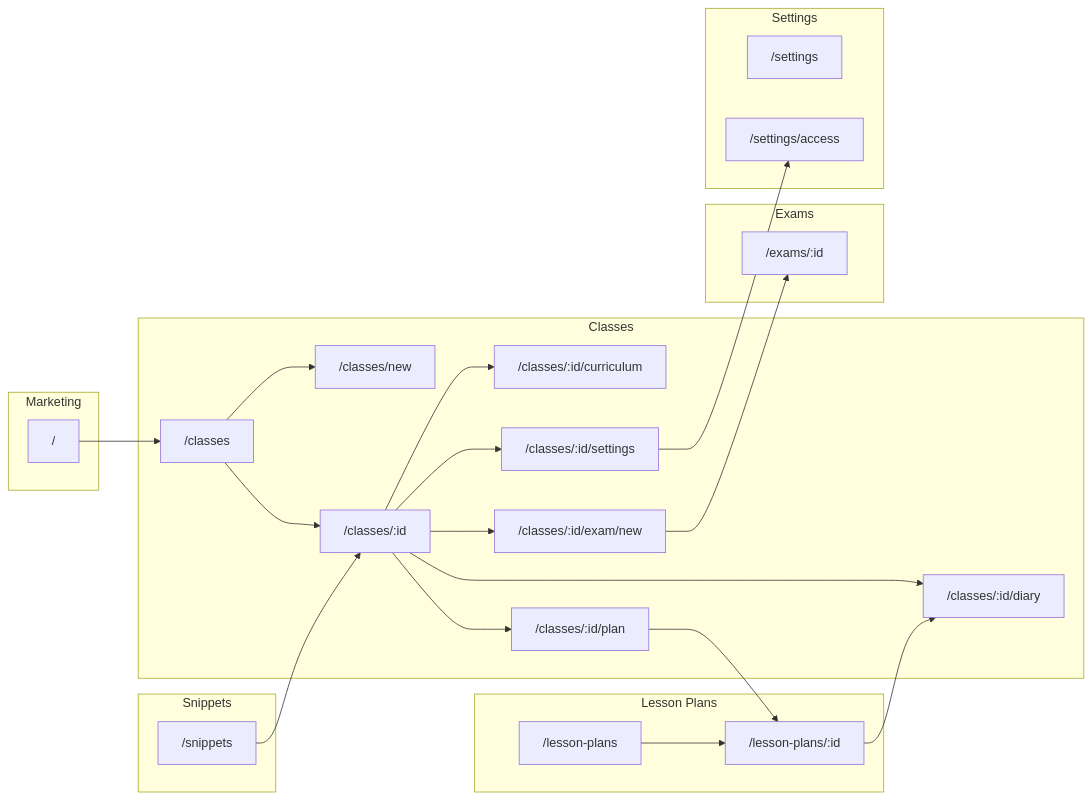
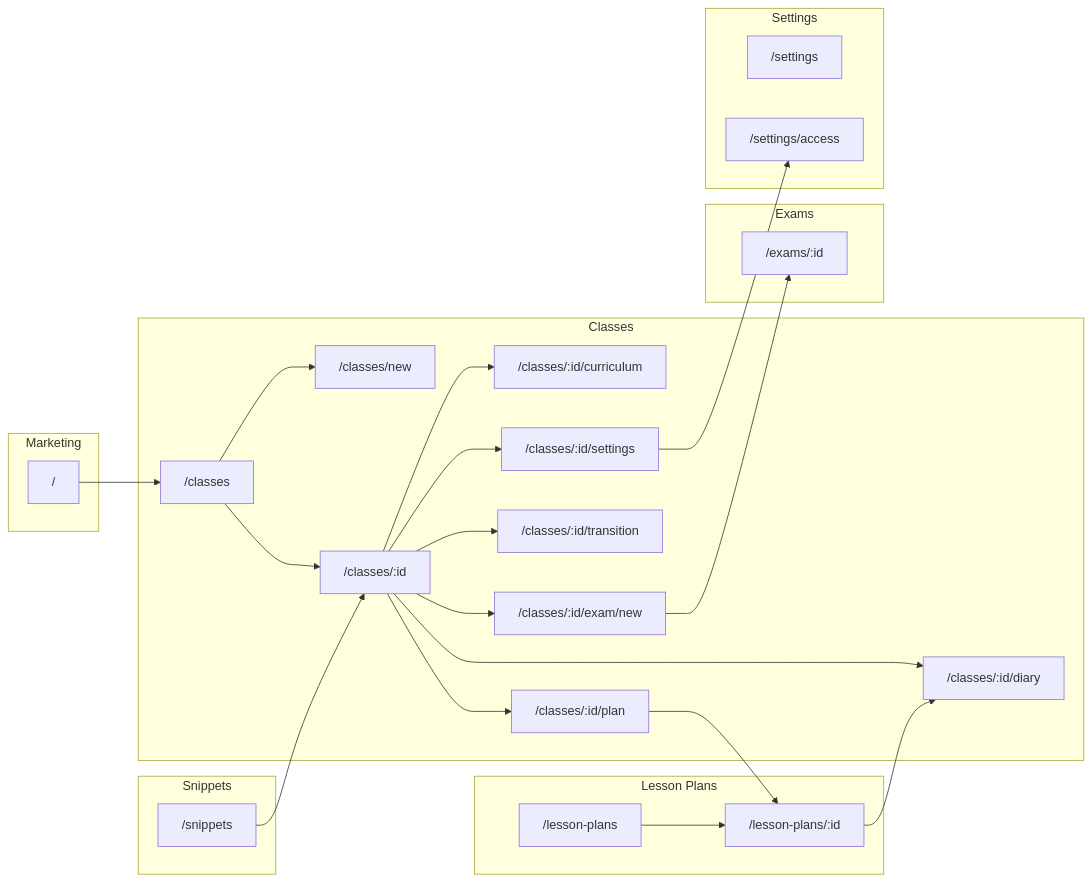
One commit to Code-Snap-UG/chalkdust changed the fifth of 5 diagrams in docs/VISION.md. Above: the diagram before and after it, drawn with Mermaid. The commit also changed other lines of this file and 7 other files, not shown here.

````diff
--- a/docs/VISION.md
+++ b/docs/VISION.md
@@ -594,50 +594,52 @@
 ```mermaid
 flowchart LR
     subgraph marketing [Marketing]
         Landing["/"]
     end
 
     subgraph classes [Classes]
         ClassList["/classes"]
         ClassNew["/classes/new"]
         ClassDetail["/classes/:id"]
         ClassCurriculum["/classes/:id/curriculum"]
         ClassDiary["/classes/:id/diary"]
         ClassPlan["/classes/:id/plan"]
+        ClassTransition["/classes/:id/transition"]
         ClassSettings["/classes/:id/settings"]
         ClassExam["/classes/:id/exam/new"]
     end
 
     subgraph lessonPlans [Lesson Plans]
         PlanLibrary["/lesson-plans"]
         PlanDetail["/lesson-plans/:id"]
     end
 
     subgraph snippets [Snippets]
         SnippetLibrary["/snippets"]
     end
 
     subgraph exams [Exams]
         ExamDetail["/exams/:id"]
     end
 
     subgraph settings [Settings]
         TeacherSettings["/settings"]
         AccessManagement["/settings/access"]
     end
 
     Landing --> ClassList
     ClassList --> ClassNew
     ClassList --> ClassDetail
     ClassDetail --> ClassCurriculum
     ClassDetail --> ClassDiary
     ClassDetail --> ClassPlan
+    ClassDetail --> ClassTransition
     ClassDetail --> ClassSettings
     ClassDetail --> ClassExam
     ClassPlan --> PlanDetail
     PlanDetail --> ClassDiary
     PlanLibrary --> PlanDetail
     ClassExam --> ExamDetail
     ClassSettings --> AccessManagement
     SnippetLibrary --> ClassDetail
 ```
````
